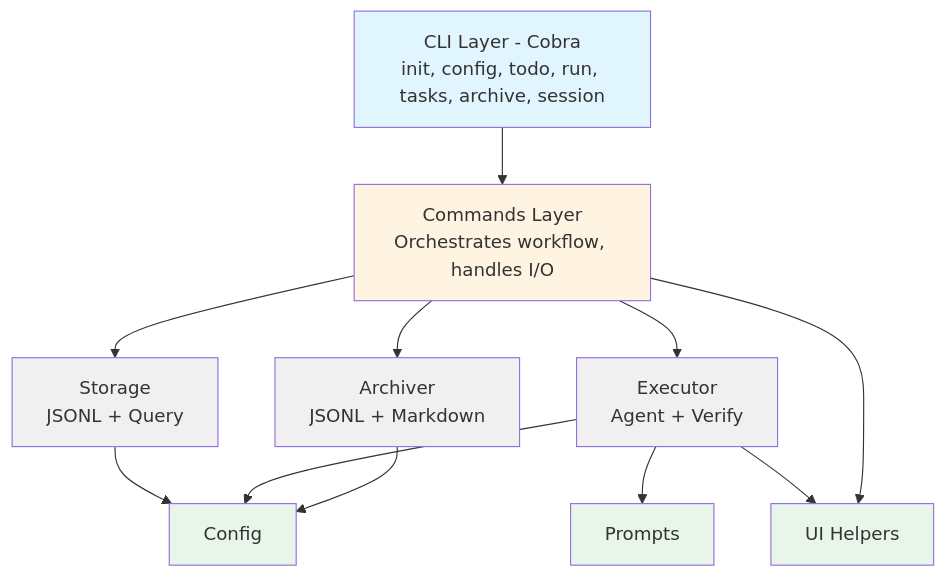
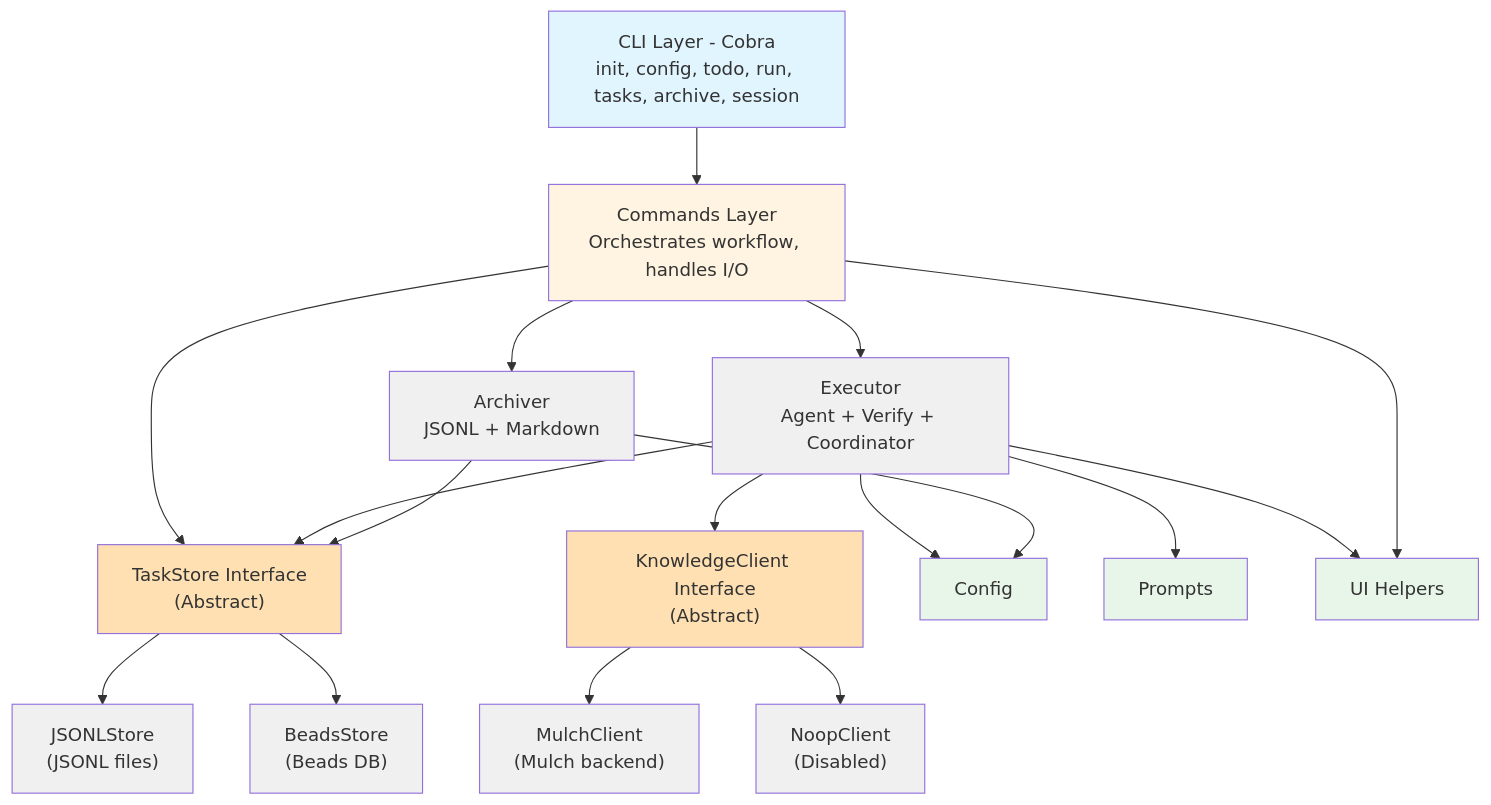
One commit to ceffo/devloop changed the diagram in docs/diagrams/architecture.md. Above: the diagram before and after it, drawn with Mermaid. The commit also changed other lines of this file and 2 other files, not shown here.

Commit message:
task DEV-56: Update architecture diagram

````diff
--- a/docs/diagrams/architecture.md
+++ b/docs/diagrams/architecture.md
@@ -5,36 +5,57 @@
 ```mermaid
 graph TD
     CLI[CLI Layer - Cobra<br/>init, config, todo, run, tasks, archive, session]
     
     CMD[Commands Layer<br/>Orchestrates workflow, handles I/O]
     
-    STORAGE[Storage<br/>JSONL + Query]
-    EXEC[Executor<br/>Agent + Verify]
+    TASKSTORE["TaskStore Interface<br/>(Abstract)"]
+    JSONL["JSONLStore<br/>(JSONL files)"]
+    BEADS["BeadsStore<br/>(Beads DB)"]
+    
+    EXEC[Executor<br/>Agent + Verify + Coordinator]
     ARCHIVE[Archiver<br/>JSONL + Markdown]
+    
+    KNOWLEDGE["KnowledgeClient Interface<br/>(Abstract)"]
+    MULCH["MulchClient<br/>(Mulch backend)"]
+    NOOP["NoopClient<br/>(Disabled)"]
     
     CONFIG[Config]
     PROMPTS[Prompts]
     UI[UI Helpers]
     
     CLI --> CMD
-    CMD --> STORAGE
+    CMD --> TASKSTORE
     CMD --> EXEC
     CMD --> ARCHIVE
     
-    STORAGE --> CONFIG
+    TASKSTORE --> JSONL
+    TASKSTORE --> BEADS
+    
+    EXEC --> TASKSTORE
+    EXEC --> KNOWLEDGE
     EXEC --> CONFIG
     EXEC --> PROMPTS
+    EXEC --> UI
+    
+    KNOWLEDGE --> MULCH
+    KNOWLEDGE --> NOOP
+    
+    ARCHIVE --> TASKSTORE
     ARCHIVE --> CONFIG
     
-    EXEC --> UI
     CMD --> UI
     
     style CLI fill:#e1f5ff
     style CMD fill:#fff4e1
-    style STORAGE fill:#f0f0f0
+    style TASKSTORE fill:#ffe0b2
+    style JSONL fill:#f0f0f0
+    style BEADS fill:#f0f0f0
     style EXEC fill:#f0f0f0
     style ARCHIVE fill:#f0f0f0
+    style KNOWLEDGE fill:#ffe0b2
+    style MULCH fill:#f0f0f0
+    style NOOP fill:#f0f0f0
     style CONFIG fill:#e8f5e9
     style PROMPTS fill:#e8f5e9
     style UI fill:#e8f5e9
 ```
````
